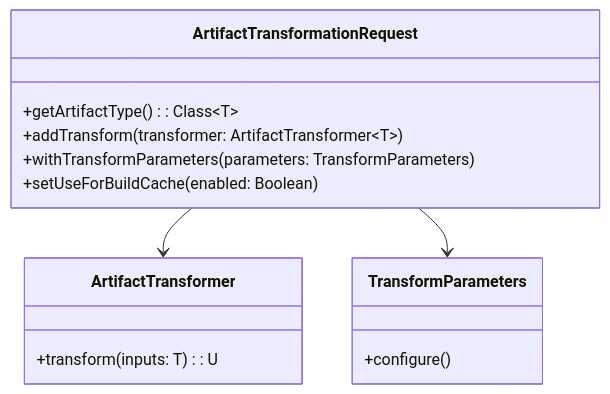
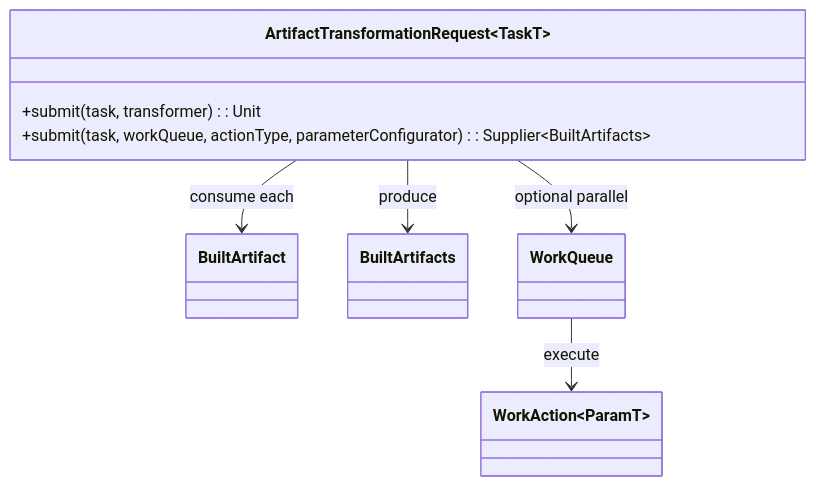
The third of 3 diagrams in AndroidDeveloperGuideStory/Contents/vol21/21.1.19 工件转换请求.md (Carrie-L/carrie-l.github.io), drawn with Mermaid before and after one commit. The commit also changed other lines of this file, not shown here.

Commit message:
feat(chapter-21.1.19): add artifact transformation request narrative and practice

````diff
--- a/AndroidDeveloperGuideStory/Contents/vol21/21.1.19 工件转换请求.md
+++ b/AndroidDeveloperGuideStory/Contents/vol21/21.1.19 工件转换请求.md
@@ -226,20 +369,16 @@
 ```mermaid
 classDiagram
-    class ArtifactTransformationRequest {
-        +getArtifactType(): Class~T~
-        +addTransform(transformer: ArtifactTransformer~T~)
-        +withTransformParameters(parameters: TransformParameters)
-        +setUseForBuildCache(enabled: Boolean)
+    class ArtifactTransformationRequest~TaskT~ {
+      +submit(task, transformer): Unit
+      +submit(task, workQueue, actionType, parameterConfigurator): Supplier~BuiltArtifacts~
     }
-    
-    class ArtifactTransformer {
-        +transform(inputs: T): U
-    }
-    
-    class TransformParameters {
-        +configure()
-    }
-    
-    ArtifactTransformationRequest --> ArtifactTransformer
-    ArtifactTransformationRequest --> TransformParameters
+    class BuiltArtifact
+    class BuiltArtifacts
+    class WorkQueue
+    class WorkAction~ParamT~
+
+    ArtifactTransformationRequest --> BuiltArtifact : consume each
+    ArtifactTransformationRequest --> BuiltArtifacts : produce
+    ArtifactTransformationRequest --> WorkQueue : optional parallel
+    WorkQueue --> WorkAction~ParamT~ : execute
 ```
````
